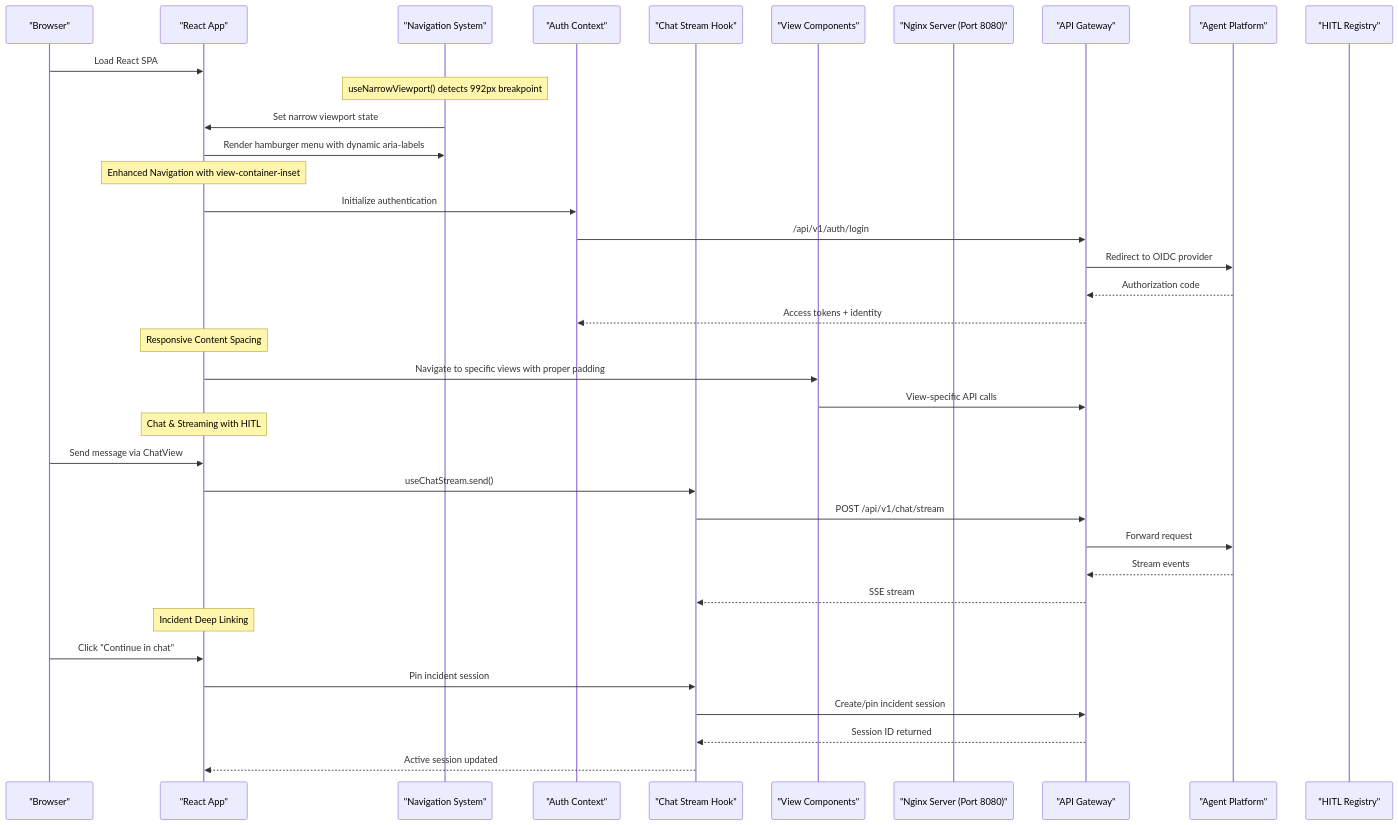
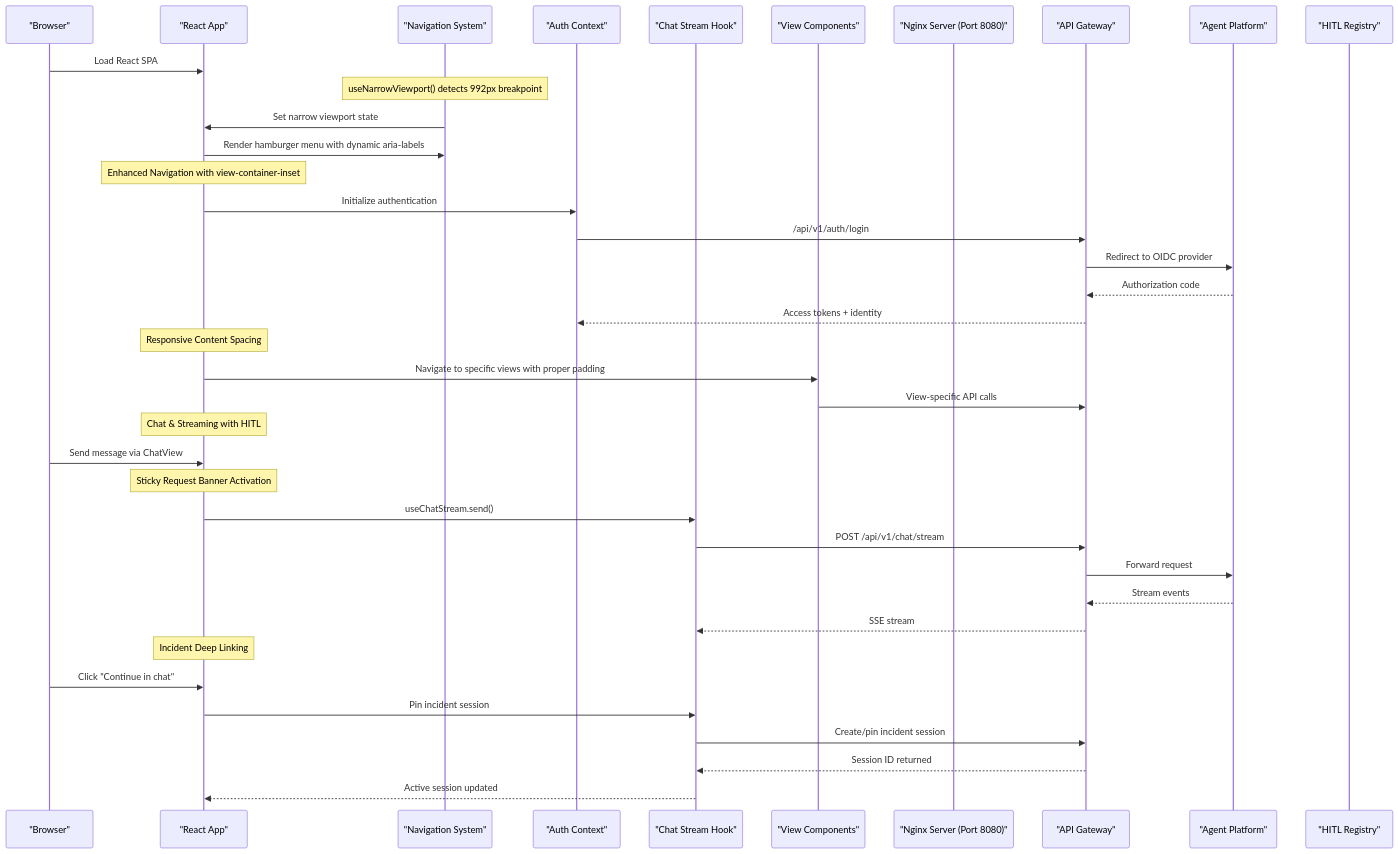
Before and after one commit to metasync/luban-aiops: the second of 2 diagrams in .qoder/repowiki/en/content/Operator Portal.md, drawn with Mermaid. The commit also changed other lines of this file and 2 other files, not shown here.

````diff
--- a/.qoder/repowiki/en/content/Operator Portal.md
+++ b/.qoder/repowiki/en/content/Operator Portal.md
@@ -204,39 +209,40 @@
 ```mermaid
 sequenceDiagram
 participant User as "Browser"
 participant React as "React App"
 participant Nav as "Navigation System"
 participant Auth as "Auth Context"
 participant Stream as "Chat Stream Hook"
 participant Views as "View Components"
 participant Nginx as "Nginx Server (Port 8080)"
 participant Gateway as "API Gateway"
 participant Agent as "Agent Platform"
 participant HITL as "HITL Registry"
 User->>React : Load React SPA
 Note over Nav : useNarrowViewport() detects 992px breakpoint
 Nav->>React : Set narrow viewport state
 React->>Nav : Render hamburger menu with dynamic aria-labels
 Note over React : Enhanced Navigation with view-container-inset
 React->>Auth : Initialize authentication
 Auth->>Gateway : /api/v1/auth/login
 Gateway->>Agent : Redirect to OIDC provider
 Agent-->>Gateway : Authorization code
 Gateway-->>Auth : Access tokens + identity
 Note over React : Responsive Content Spacing
 React->>Views : Navigate to specific views with proper padding
 Views->>Gateway : View-specific API calls
 Note over React : Chat & Streaming with HITL
 User->>React : Send message via ChatView
+Note over React : Sticky Request Banner Activation
 React->>Stream : useChatStream.send()
 Stream->>Gateway : POST /api/v1/chat/stream
 Gateway->>Agent : Forward request
 Agent-->>Gateway : Stream events
 Gateway-->>Stream : SSE stream
 Note over React : Incident Deep Linking
 User->>React : Click "Continue in chat"
 React->>Stream : Pin incident session
 Stream->>Gateway : Create/pin incident session
 Gateway-->>Stream : Session ID returned
 Stream-->>React : Active session updated
 ```
````
